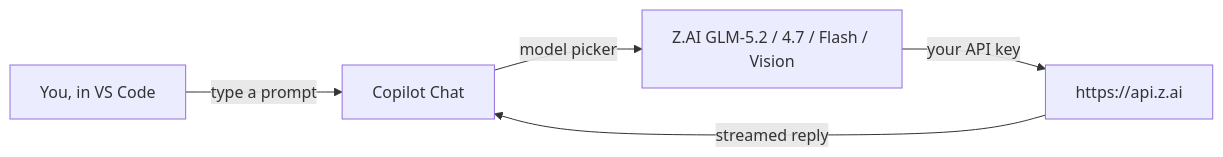
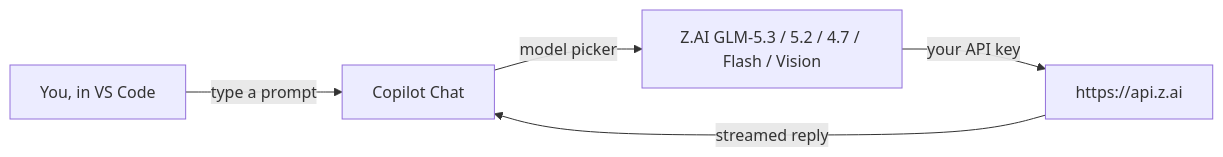
One commit to ltmoerdani/zai-copilot-chat changed the first of 2 diagrams in README.md. Above: the diagram before and after it, drawn with Mermaid. The commit also changed other lines of this file and 5 other files, not shown here.

````diff
--- a/README.md
+++ b/README.md
@@ -25,7 +25,7 @@
 ```mermaid
 flowchart LR
     A["You, in VS Code"] -->|"type a prompt"| B[Copilot Chat]
-    B -->|"model picker"| C["Z.AI GLM-5.2 / 4.7 / Flash / Vision"]
+    B -->|"model picker"| C["Z.AI GLM-5.3 / 5.2 / 4.7 / Flash / Vision"]
     C -->|"your API key"| D["https://api.z.ai"]
     D -->|"streamed reply"| B
 ```
````
